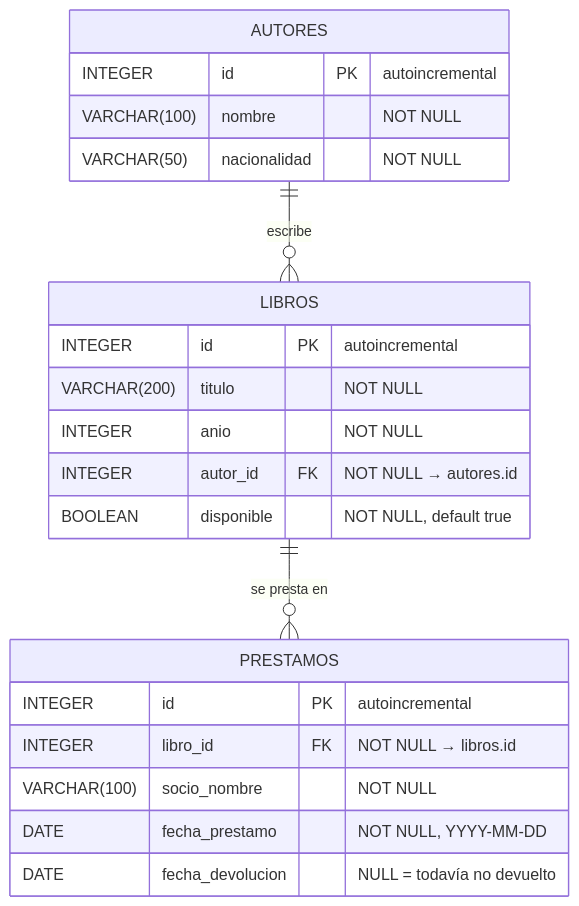
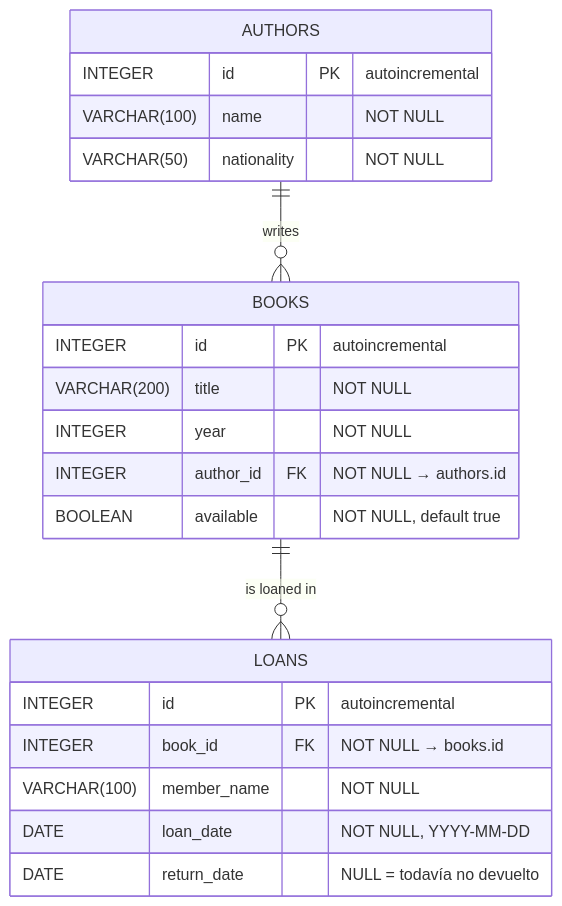
One commit to jazmindestefanogm/bootcamp-be-api changed the diagram in biblioteca-api/docs/DER.md. Above: the diagram before and after it, drawn with Mermaid. The commit also changed other lines of this file and 14 other files, not shown here.

````diff
--- a/biblioteca-api/docs/DER.md
+++ b/biblioteca-api/docs/DER.md
@@ -9,27 +9,27 @@
 ```mermaid
 erDiagram
-    AUTORES ||--o{ LIBROS : "escribe"
-    LIBROS  ||--o{ PRESTAMOS : "se presta en"
+    AUTHORS ||--o{ BOOKS : "writes"
+    BOOKS   ||--o{ LOANS : "is loaned in"
 
-    AUTORES {
+    AUTHORS {
         INTEGER id PK "autoincremental"
-        VARCHAR(100) nombre "NOT NULL"
-        VARCHAR(50) nacionalidad "NOT NULL"
+        VARCHAR(100) name "NOT NULL"
+        VARCHAR(50) nationality "NOT NULL"
     }
 
-    LIBROS {
+    BOOKS {
         INTEGER id PK "autoincremental"
-        VARCHAR(200) titulo "NOT NULL"
-        INTEGER anio "NOT NULL"
-        INTEGER autor_id FK "NOT NULL → autores.id"
-        BOOLEAN disponible "NOT NULL, default true"
+        VARCHAR(200) title "NOT NULL"
+        INTEGER year "NOT NULL"
+        INTEGER author_id FK "NOT NULL → authors.id"
+        BOOLEAN available "NOT NULL, default true"
     }
 
-    PRESTAMOS {
+    LOANS {
         INTEGER id PK "autoincremental"
-        INTEGER libro_id FK "NOT NULL → libros.id"
-        VARCHAR(100) socio_nombre "NOT NULL"
-        DATE fecha_prestamo "NOT NULL, YYYY-MM-DD"
-        DATE fecha_devolucion "NULL = todavía no devuelto"
+        INTEGER book_id FK "NOT NULL → books.id"
+        VARCHAR(100) member_name "NOT NULL"
+        DATE loan_date "NOT NULL, YYYY-MM-DD"
+        DATE return_date "NULL = todavía no devuelto"
     }
 ```
````
